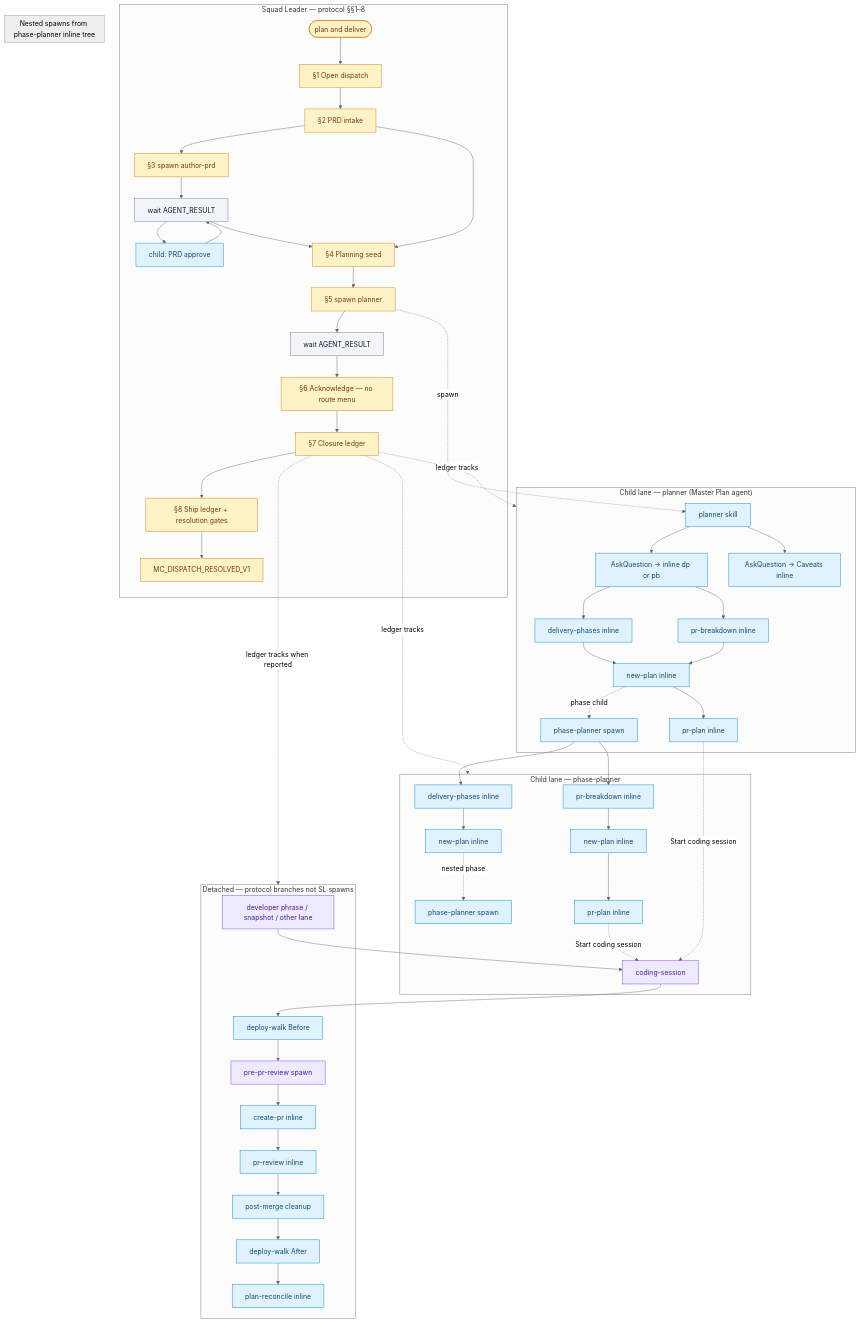
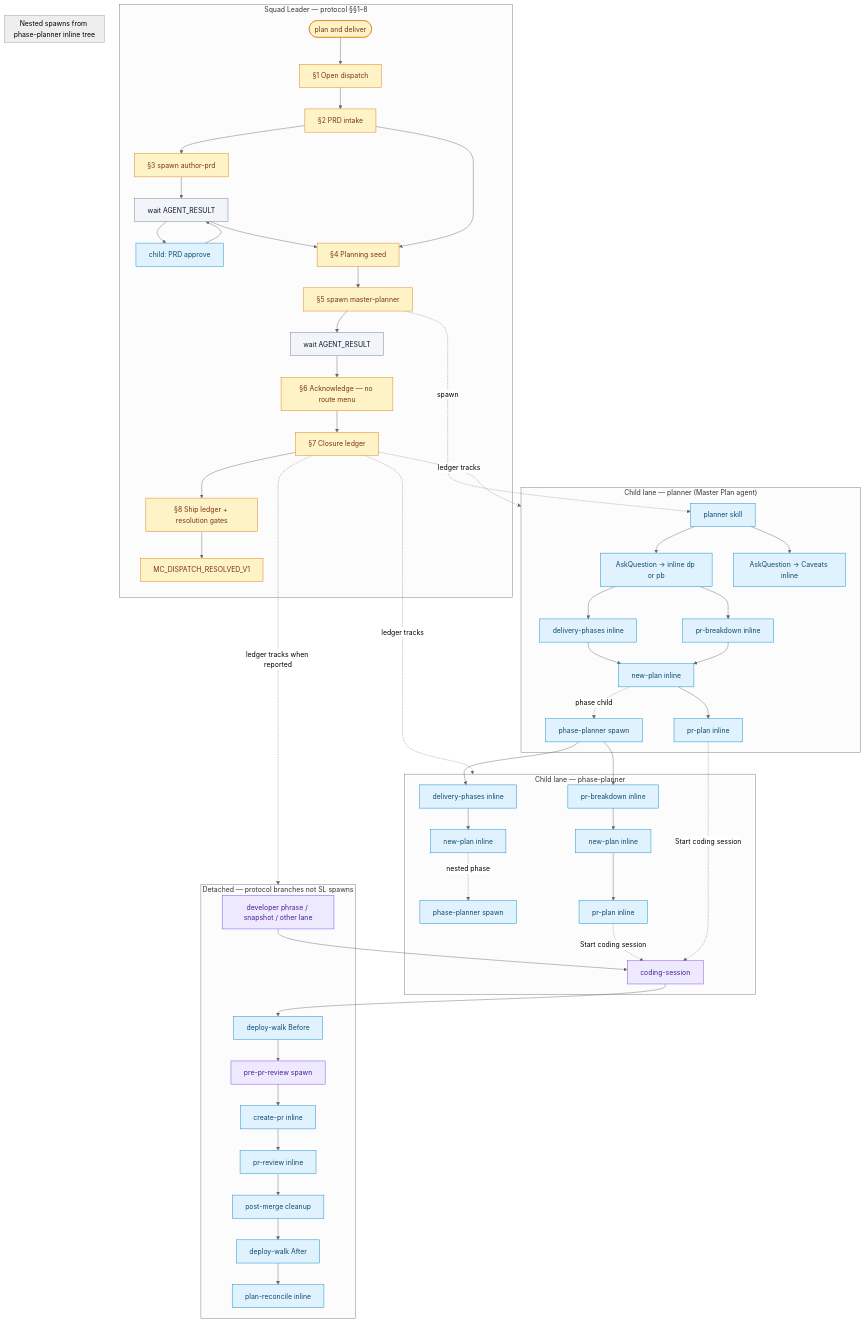
Before and after one commit to sedea-centers/research-and-development: the third of 5 diagrams in missions/plan-and-deliver/plan.mdc, drawn with Mermaid (neutral theme). The commit also changed other lines of this file and 22 other files, not shown here.

First line of the commit message:
Rename planner skill to master-planner in plan-and-deliver.

````diff
--- a/missions/plan-and-deliver/plan.mdc
+++ b/missions/plan-and-deliver/plan.mdc
@@ -114,81 +114,81 @@
 ```mermaid
 flowchart TB
   classDef leader fill:#fef3c7,stroke:#d97706,color:#78350f
   classDef child fill:#e0f2fe,stroke:#0284c7,color:#0c4a6e
   classDef wait fill:#f1f5f9,stroke:#64748b,color:#0f172a
   classDef detached fill:#ede9fe,stroke:#7c3aed,color:#4c1d95
 
   subgraph sl["Squad Leader — protocol §§1–8"]
     CMD(["plan and deliver"]):::leader
     CMD --> S1["§1 Open dispatch"]:::leader
     S1 --> S2["§2 PRD intake"]:::leader
     S2 --> S3["§3 spawn author-prd"]:::leader
     S3 --> S3W["wait AGENT_RESULT"]:::wait
     S3W --> S3A["child: PRD approve"]:::child
     S3A --> S3W
     S3W --> S4["§4 Planning seed"]:::leader
     S2 --> S4
-    S4 --> S5["§5 spawn planner"]:::leader
+    S4 --> S5["§5 spawn master-planner"]:::leader
     S5 --> S5W["wait AGENT_RESULT"]:::wait
     S5W --> S6["§6 Acknowledge — no route menu"]:::leader
     S6 --> S7["§7 Closure ledger"]:::leader
     S7 --> S8["§8 Ship ledger + resolution gates"]:::leader
     S8 --> RES["MC_DISPATCH_RESOLVED_V1"]:::leader
   end
 
   subgraph mpLane["Child lane — planner (Master Plan agent)"]
     MP["planner skill"]:::child
     MP --> M6["AskQuestion → inline dp or pb"]:::child
     MP --> M7["AskQuestion → Caveats inline"]:::child
     DP["delivery-phases inline"]:::child
     PB["pr-breakdown inline"]:::child
     NP["new-plan inline"]:::child
     M6 --> DP
     M6 --> PB
     DP --> NP
     PB --> NP
     NP --> PP["pr-plan inline"]:::child
     NP -.->|phase child| POP["phase-planner spawn"]:::child
   end
 
   S5 -.->|spawn| MP
 
   subgraph ppLane["Child lane — phase-planner"]
     POP --> DP2["delivery-phases inline"]:::child
     POP --> PB2["pr-breakdown inline"]:::child
     DP2 --> NP2["new-plan inline"]:::child
     PB2 --> NP3["new-plan inline"]:::child
     NP2 -.->|nested phase| POP2["phase-planner spawn"]:::child
     NP3 --> PR2["pr-plan inline"]:::child
     PR2 -.->|Start coding session| CS
   end
 
   subgraph planTree["Nested spawns from phase-planner inline tree"]
     POP2
   end
 
   subgraph impl["Detached — protocol branches not SL spawns"]
     NOTE["developer phrase / snapshot / other lane"]:::detached
     CS["coding-session"]:::detached
     PPR["pre-pr-review spawn"]:::detached
     BDW["deploy-walk Before"]:::child
     CPR["create-pr inline"]:::child
     PRV["pr-review inline"]:::child
     PMC["post-merge cleanup"]:::child
     ADW["deploy-walk After"]:::child
     REC["plan-reconcile inline"]:::child
     NOTE --> CS
     PP -.->|Start coding session| CS
     CS --> BDW
     BDW --> PPR
     PPR --> CPR
     CPR --> PRV
     PRV --> PMC
     PMC --> ADW
     ADW --> REC
   end
 
   S7 -.->|ledger tracks| mpLane
   S7 -.->|ledger tracks| ppLane
   S7 -.->|ledger tracks when reported| impl
 ```
````
